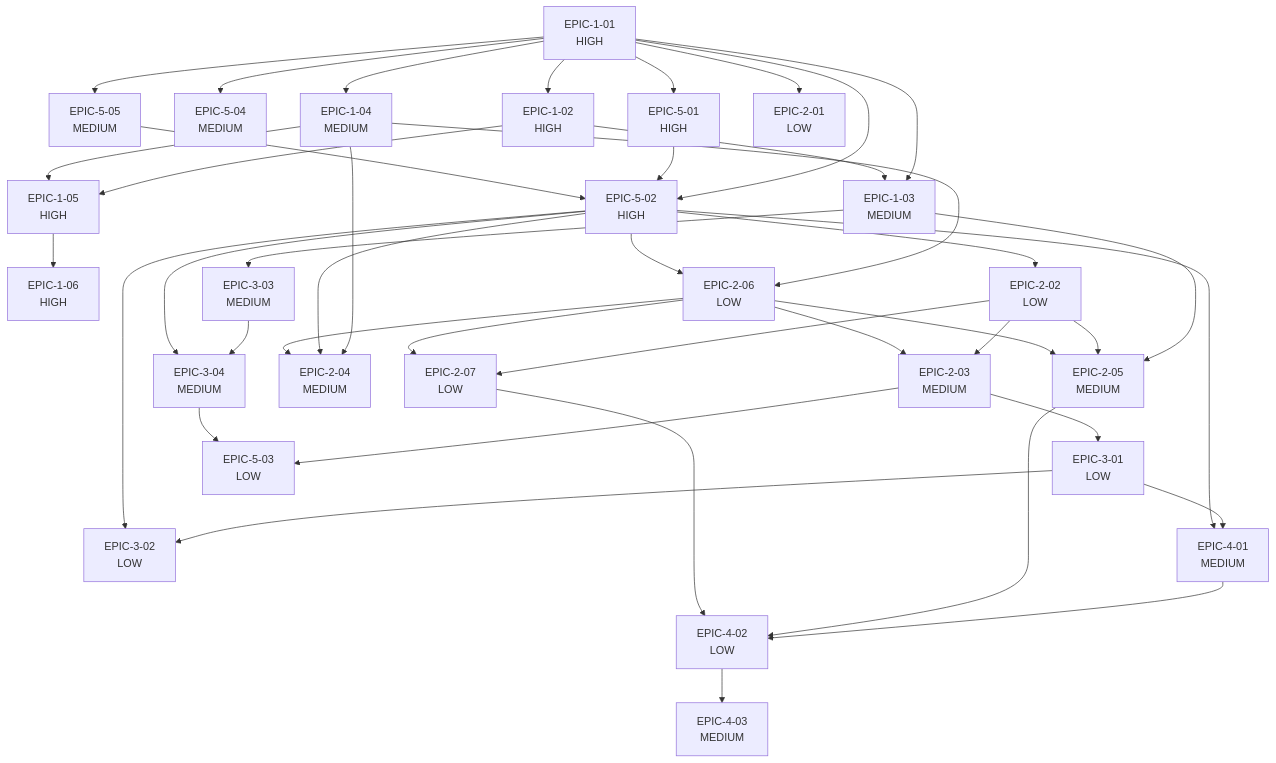
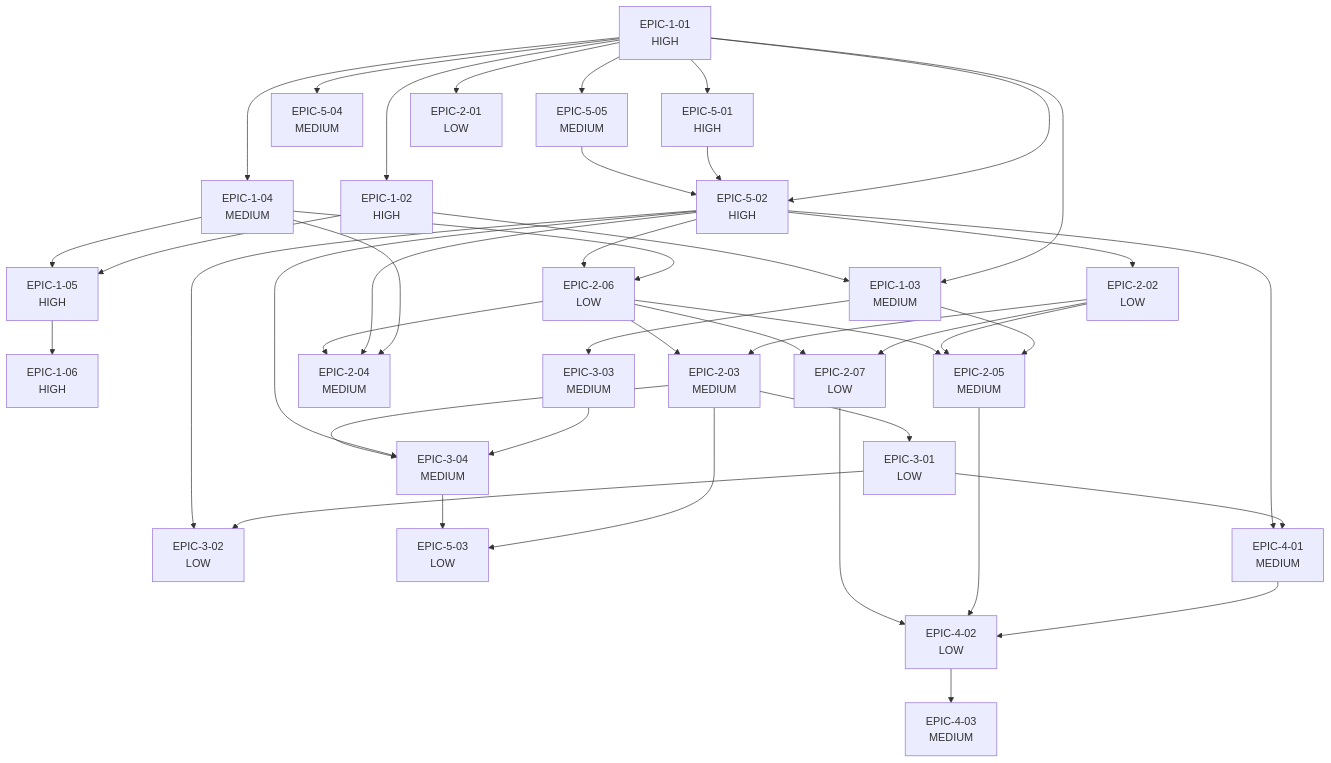
The diagram in docs/task-dag.md (john-cyber-tech/raid-factory), drawn with Mermaid before and after one commit. The commit also changed other lines of this file and 17 other files, not shown here.

````diff
--- a/docs/task-dag.md
+++ b/docs/task-dag.md
@@ -73,69 +73,70 @@
 ```mermaid
 flowchart TD
     EPIC_1_01["EPIC-1-01<br/>HIGH"]
     EPIC_5_01["EPIC-5-01<br/>HIGH"]
     EPIC_5_04["EPIC-5-04<br/>MEDIUM"]
     EPIC_5_05["EPIC-5-05<br/>MEDIUM"]
     EPIC_5_02["EPIC-5-02<br/>HIGH"]
     EPIC_1_02["EPIC-1-02<br/>HIGH"]
     EPIC_1_03["EPIC-1-03<br/>MEDIUM"]
     EPIC_1_04["EPIC-1-04<br/>MEDIUM"]
     EPIC_1_05["EPIC-1-05<br/>HIGH"]
     EPIC_1_06["EPIC-1-06<br/>HIGH"]
     EPIC_2_06["EPIC-2-06<br/>LOW"]
     EPIC_2_02["EPIC-2-02<br/>LOW"]
     EPIC_2_01["EPIC-2-01<br/>LOW"]
     EPIC_2_03["EPIC-2-03<br/>MEDIUM"]
     EPIC_2_05["EPIC-2-05<br/>MEDIUM"]
     EPIC_2_04["EPIC-2-04<br/>MEDIUM"]
     EPIC_2_07["EPIC-2-07<br/>LOW"]
     EPIC_3_01["EPIC-3-01<br/>LOW"]
     EPIC_3_02["EPIC-3-02<br/>LOW"]
     EPIC_3_03["EPIC-3-03<br/>MEDIUM"]
     EPIC_3_04["EPIC-3-04<br/>MEDIUM"]
     EPIC_5_03["EPIC-5-03<br/>LOW"]
     EPIC_4_01["EPIC-4-01<br/>MEDIUM"]
     EPIC_4_02["EPIC-4-02<br/>LOW"]
     EPIC_4_03["EPIC-4-03<br/>MEDIUM"]
     EPIC_1_01 --> EPIC_5_01
     EPIC_1_01 --> EPIC_5_04
     EPIC_1_01 --> EPIC_5_05
     EPIC_1_01 --> EPIC_5_02
     EPIC_5_01 --> EPIC_5_02
     EPIC_5_05 --> EPIC_5_02
     EPIC_1_01 --> EPIC_1_02
     EPIC_1_01 --> EPIC_1_03
     EPIC_1_02 --> EPIC_1_03
     EPIC_1_01 --> EPIC_1_04
     EPIC_1_02 --> EPIC_1_05
     EPIC_1_04 --> EPIC_1_05
     EPIC_1_05 --> EPIC_1_06
     EPIC_1_04 --> EPIC_2_06
     EPIC_5_02 --> EPIC_2_06
     EPIC_5_02 --> EPIC_2_02
     EPIC_1_01 --> EPIC_2_01
     EPIC_2_02 --> EPIC_2_03
     EPIC_2_06 --> EPIC_2_03
     EPIC_1_03 --> EPIC_2_05
     EPIC_2_02 --> EPIC_2_05
     EPIC_2_06 --> EPIC_2_05
     EPIC_1_04 --> EPIC_2_04
     EPIC_5_02 --> EPIC_2_04
     EPIC_2_06 --> EPIC_2_04
     EPIC_2_02 --> EPIC_2_07
     EPIC_2_06 --> EPIC_2_07
     EPIC_2_03 --> EPIC_3_01
     EPIC_3_01 --> EPIC_3_02
     EPIC_5_02 --> EPIC_3_02
     EPIC_1_03 --> EPIC_3_03
     EPIC_3_03 --> EPIC_3_04
     EPIC_5_02 --> EPIC_3_04
+    EPIC_2_03 --> EPIC_3_04
     EPIC_2_03 --> EPIC_5_03
     EPIC_3_04 --> EPIC_5_03
     EPIC_3_01 --> EPIC_4_01
     EPIC_5_02 --> EPIC_4_01
     EPIC_4_01 --> EPIC_4_02
     EPIC_2_05 --> EPIC_4_02
     EPIC_2_07 --> EPIC_4_02
     EPIC_4_02 --> EPIC_4_03
 ```
````
